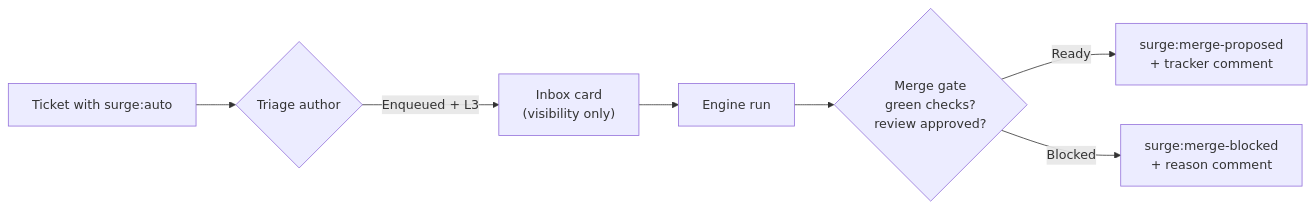
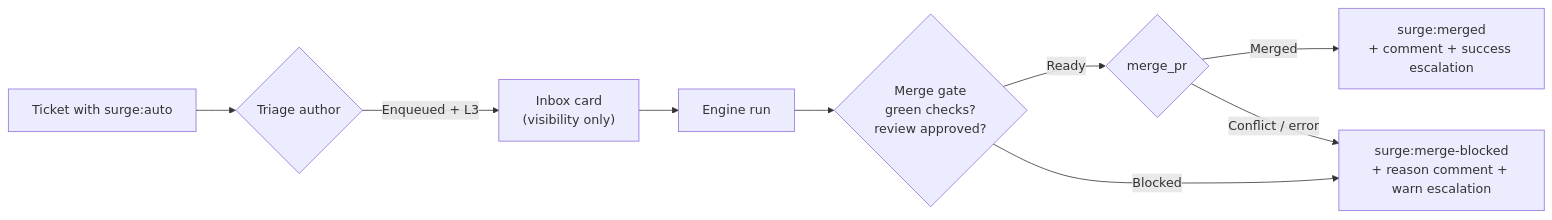
One commit to vanyastaff/surge changed the third of 3 diagrams in docs/tracker-automation.md. Above: the diagram before and after it, drawn with Mermaid. The commit also changed other lines of this file and 11 other files, not shown here.

````diff
--- a/docs/tracker-automation.md
+++ b/docs/tracker-automation.md
@@ -99,17 +99,20 @@
 ```mermaid
 flowchart LR
     Ticket["Ticket with surge:auto"]
     Triage{Triage author}
     Card["Inbox card<br/>(visibility only)"]
     Run["Engine run"]
     Gate{Merge gate<br/>green checks?<br/>review approved?}
-    Proposed["surge:merge-proposed<br/>+ tracker comment"]
-    Blocked["surge:merge-blocked<br/>+ reason comment"]
+    Merge{merge_pr}
+    Merged["surge:merged<br/>+ comment + success escalation"]
+    Blocked["surge:merge-blocked<br/>+ reason comment + warn escalation"]
 
     Ticket --> Triage
     Triage -->|Enqueued + L3| Card
     Card --> Run
     Run --> Gate
-    Gate -->|Ready| Proposed
+    Gate -->|Ready| Merge
     Gate -->|Blocked| Blocked
+    Merge -->|Merged| Merged
+    Merge -->|Conflict / error| Blocked
 ```
````
